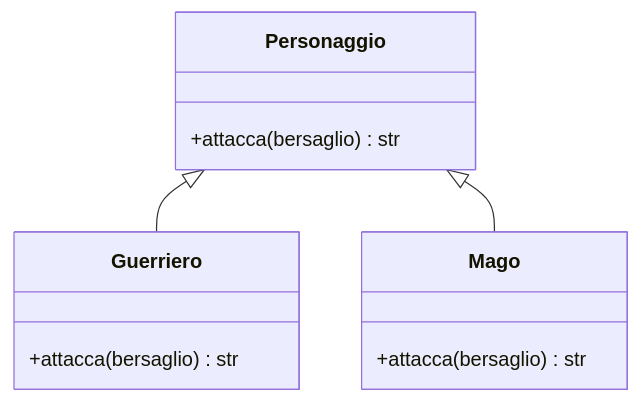
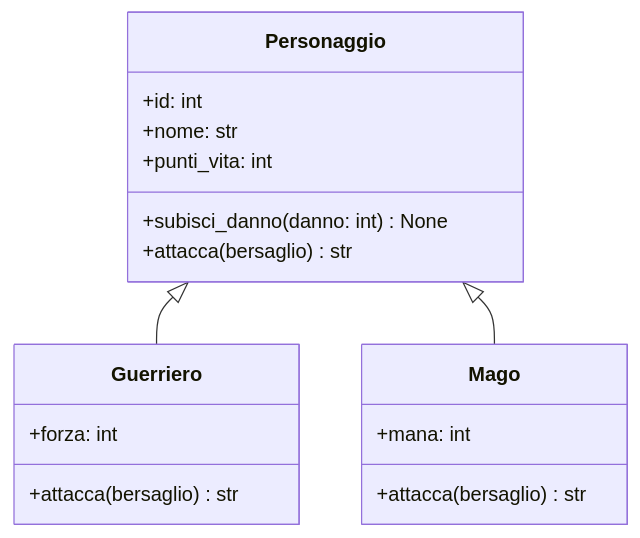
The diagram in src/m03_relazioni_nn_ed_ereditarieta/es05/reference.md (isissmorciano/2627-4m), drawn with Mermaid before and after one commit. The commit also changed 2 other files, not shown here.

Commit message:
Completa diagrammi UML esercizi m03

````diff
--- a/src/m03_relazioni_nn_ed_ereditarieta/es05/reference.md
+++ b/src/m03_relazioni_nn_ed_ereditarieta/es05/reference.md
@@ -3,15 +3,21 @@
 ```mermaid
 classDiagram
     Personaggio <|-- Guerriero
     Personaggio <|-- Mago
 
     class Personaggio {
+        +id: int
+        +nome: str
+        +punti_vita: int
+        +subisci_danno(danno: int) None
         +attacca(bersaglio) str
     }
     class Guerriero {
+        +forza: int
         +attacca(bersaglio) str
     }
     class Mago {
+        +mana: int
         +attacca(bersaglio) str
     }
 ```
````
